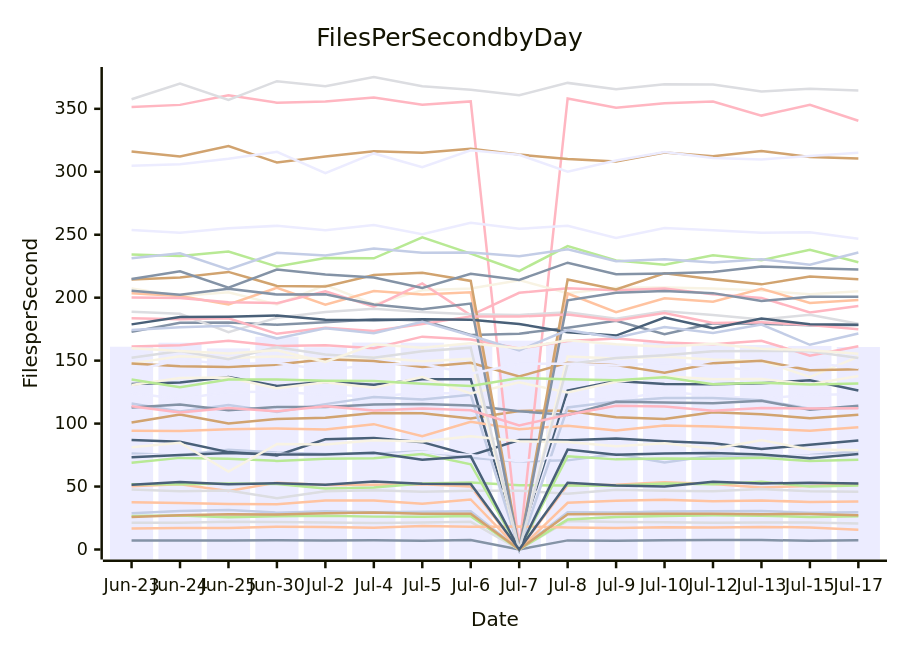
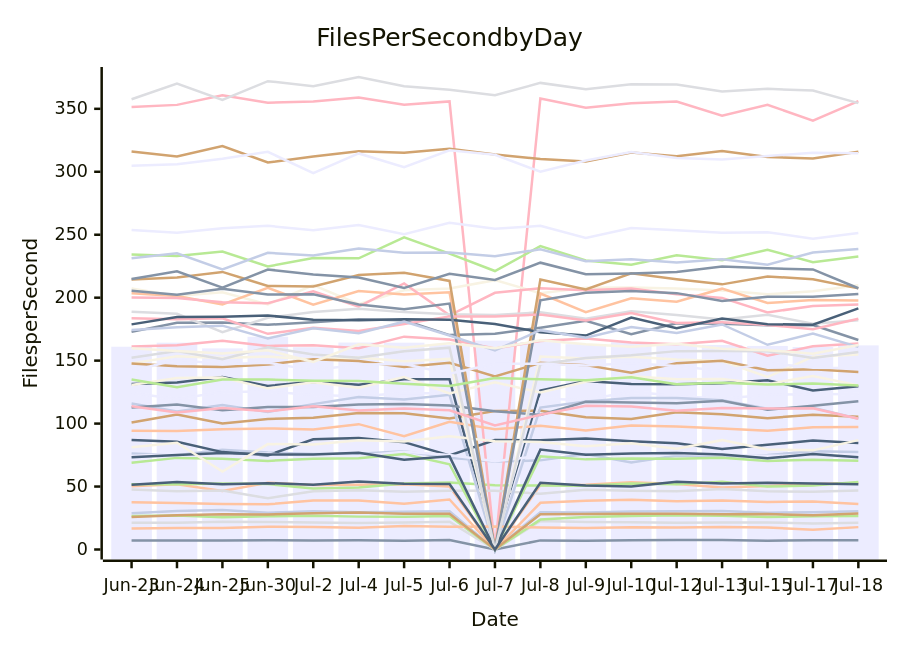
The diagram in perf-report.md (streetsidesoftware/cspell), drawn with Mermaid before and after one commit. The commit also changed other lines of this file and 1 other file, not shown here.

````diff
--- a/perf-report.md
+++ b/perf-report.md
@@ -10,57 +10,57 @@
 ```mermaid
 xychart-beta
     title Files Per Second by Day
     y-axis Files per Second
-    x-axis Date [Jun-23, Jun-24, Jun-25, Jun-30, Jul-2, Jul-4, Jul-5, Jul-6, Jul-7, Jul-8, Jul-9, Jul-10, Jul-12, Jul-13, Jul-15, Jul-17]
-    bar [161.06, 164.28, 159.75, 168.95, 160.66, 164.38, 164.27, 162.48, 165.90, 164.83, 163.05, 164.68, 163.19, 162.43, 161.66, 160.81]
-    line [7.12, 7.22, 7.17, 7.37, 7.23, 7.36, 6.99, 7.61, 0.00, 7.24, 7.01, 7.27, 7.49, 7.49, 6.93, 7.35]
-    line [50.23, 51.87, 46.40, 53.06, 51.19, 51.40, 51.86, 50.10, 0.00, 51.21, 51.39, 53.37, 51.98, 49.24, 50.53, 52.10]
-    line [21.30, 21.15, 22.00, 21.90, 21.51, 21.13, 21.43, 22.00, 0.00, 22.72, 21.87, 21.57, 21.20, 21.36, 21.51, 20.58]
-    line [51.73, 51.82, 52.39, 52.00, 48.43, 49.22, 52.34, 53.26, 51.10, 50.86, 50.66, 52.36, 51.79, 53.82, 50.00, 50.85]
-    line [100.84, 107.27, 100.09, 103.62, 104.63, 108.43, 108.27, 103.96, 110.08, 110.20, 105.06, 103.60, 109.02, 107.38, 104.33, 107.04]
-    line [76.22, 74.88, 79.14, 76.99, 75.88, 76.09, 78.08, 72.78, 69.82, 70.79, 75.77, 69.10, 74.66, 73.66, 75.08, 77.97]
-    line [351.35, 353.13, 360.69, 354.83, 355.80, 359.03, 353.22, 355.88, 0.00, 358.26, 350.93, 354.34, 355.82, 344.62, 353.27, 340.52]
-    line [131.39, 132.60, 136.92, 129.95, 133.16, 130.87, 135.23, 135.13, 0.00, 126.22, 133.87, 131.35, 131.34, 131.95, 134.40, 126.35]
-    line [207.28, 201.26, 204.34, 194.65, 210.00, 194.85, 205.89, 207.36, 213.92, 203.52, 207.94, 208.03, 207.20, 205.62, 202.63, 205.11]
-    line [124.29, 119.55, 125.16, 125.39, 122.70, 121.73, 124.30, 123.97, 0.00, 119.80, 118.70, 125.49, 121.97, 119.76, 122.93, 123.39]
-    line [172.84, 180.05, 180.38, 178.52, 180.47, 182.90, 182.10, 170.31, 171.39, 176.15, 181.65, 170.98, 179.72, 179.37, 178.07, 178.35]
-    line [203.46, 201.26, 194.60, 207.89, 194.40, 205.29, 202.49, 204.26, 0.00, 203.31, 188.55, 199.47, 196.87, 207.15, 195.83, 198.09]
-    line [47.61, 46.18, 46.86, 40.79, 46.17, 47.03, 45.86, 46.70, 46.74, 44.23, 47.36, 46.58, 46.27, 47.99, 46.18, 45.89]
-    line [26.60, 26.95, 25.71, 26.35, 26.84, 26.11, 26.06, 26.52, 0.00, 23.76, 25.86, 26.61, 27.13, 26.83, 25.90, 26.40]
-    line [316.02, 312.10, 320.45, 307.34, 312.08, 316.35, 315.20, 318.22, 313.66, 310.11, 308.24, 315.35, 312.26, 316.54, 311.74, 310.63]
-    line [116.01, 109.65, 114.81, 109.29, 115.47, 121.09, 119.06, 122.86, 0.00, 112.77, 117.49, 120.30, 120.41, 118.48, 111.84, 112.66]
-    line [200.19, 199.73, 196.39, 195.67, 205.11, 192.90, 211.35, 185.93, 203.88, 207.58, 205.87, 207.35, 202.66, 199.84, 188.27, 193.42]
-    line [86.88, 85.49, 77.34, 74.76, 87.51, 88.59, 85.26, 74.62, 86.95, 86.80, 88.24, 86.00, 84.39, 79.74, 83.17, 86.61]
-    line [130.59, 136.24, 136.67, 127.99, 132.91, 128.52, 136.97, 123.97, 132.77, 124.67, 133.15, 137.66, 135.26, 135.39, 131.25, 137.83]
-    line [74.26, 76.13, 73.45, 76.23, 74.07, 74.35, 77.62, 75.07, 70.03, 74.46, 78.13, 73.01, 75.98, 75.26, 74.39, 74.57]
-    line [112.71, 115.12, 110.67, 113.20, 113.18, 115.07, 115.63, 114.45, 109.79, 106.87, 117.37, 116.66, 116.21, 118.14, 111.02, 114.16]
-    line [94.35, 94.02, 95.44, 96.15, 95.34, 99.55, 90.07, 101.41, 95.54, 98.21, 94.52, 98.50, 97.78, 96.17, 94.33, 97.04]
-    line [188.80, 187.17, 172.53, 184.06, 188.67, 191.18, 188.53, 186.82, 186.30, 188.38, 183.25, 189.14, 186.31, 182.67, 186.39, 179.31]
-    line [234.34, 233.01, 236.58, 224.78, 231.59, 231.28, 247.94, 235.03, 221.17, 240.95, 229.51, 226.18, 233.66, 229.73, 238.10, 228.16]
-    line [214.37, 216.02, 220.47, 209.37, 208.94, 217.94, 219.88, 213.33, 0.00, 214.36, 206.61, 219.33, 214.62, 210.58, 216.81, 214.69]
-    line [28.80, 30.64, 31.41, 29.25, 30.37, 29.62, 29.89, 30.35, 0.00, 29.68, 29.34, 30.24, 30.35, 30.53, 29.15, 29.59]
-    line [183.71, 182.95, 183.62, 171.28, 176.05, 173.54, 179.14, 185.15, 184.99, 186.71, 181.92, 187.82, 179.82, 180.43, 178.37, 174.98]
-    line [178.80, 184.67, 184.84, 185.79, 182.56, 182.17, 182.82, 182.50, 179.12, 172.62, 169.88, 184.28, 175.71, 183.39, 178.90, 178.60]
-    line [147.83, 153.51, 152.15, 153.26, 150.82, 152.56, 149.61, 151.37, 0.00, 153.34, 151.79, 153.10, 150.91, 149.71, 136.98, 153.14]
-    line [304.83, 306.07, 310.41, 315.81, 298.93, 314.56, 303.69, 317.11, 313.48, 300.01, 308.91, 315.76, 310.85, 309.84, 312.53, 315.03]
-    line [214.79, 220.92, 207.92, 222.39, 218.49, 216.06, 207.77, 218.95, 214.11, 227.80, 218.56, 219.23, 220.42, 224.78, 223.29, 222.43]
-    line [16.59, 17.11, 17.00, 18.16, 17.94, 17.30, 18.64, 18.07, 18.36, 17.45, 17.16, 17.77, 17.48, 17.96, 17.52, 15.60]
-    line [357.60, 370.08, 357.07, 371.96, 367.90, 375.27, 367.85, 365.20, 360.83, 370.59, 365.59, 369.56, 369.35, 363.79, 365.85, 364.51]
-    line [68.82, 72.77, 72.13, 70.38, 72.17, 72.40, 75.76, 67.72, 0.00, 74.05, 71.58, 72.37, 72.08, 72.80, 70.30, 71.38]
-    line [147.78, 145.47, 144.87, 146.87, 151.06, 149.73, 144.88, 148.36, 137.35, 148.23, 146.43, 140.41, 147.84, 149.86, 142.29, 143.07]
-    line [231.36, 235.26, 222.40, 235.59, 233.45, 238.97, 235.75, 235.89, 232.86, 238.48, 229.00, 230.57, 227.85, 230.59, 226.26, 235.84]
-    line [161.29, 162.24, 165.87, 161.72, 162.26, 159.82, 169.05, 166.75, 159.60, 165.64, 167.61, 164.48, 163.07, 165.84, 153.93, 161.48]
-    line [73.34, 75.14, 76.59, 75.51, 75.45, 76.79, 71.21, 73.99, 0.00, 79.33, 75.23, 76.27, 76.63, 75.41, 72.48, 75.77]
-    line [81.29, 84.76, 61.88, 83.73, 83.48, 86.69, 85.83, 89.91, 85.92, 85.41, 81.93, 84.31, 79.99, 86.85, 79.35, 78.74]
-    line [253.77, 251.67, 255.05, 257.07, 253.64, 257.67, 250.47, 259.54, 254.67, 257.07, 247.35, 255.25, 253.55, 251.59, 252.00, 246.87]
-    line [205.60, 202.43, 207.02, 202.54, 202.72, 194.67, 190.86, 195.33, 0.00, 197.97, 203.94, 205.22, 203.61, 197.40, 200.74, 200.72]
-    line [37.48, 36.99, 36.10, 35.86, 38.94, 38.99, 36.38, 39.71, 0.00, 37.09, 38.73, 39.43, 38.35, 38.90, 37.77, 38.11]
-    line [152.29, 157.67, 151.07, 160.69, 154.94, 152.23, 157.47, 160.32, 0.00, 147.14, 152.12, 154.25, 157.55, 157.57, 157.54, 152.05]
-    line [135.01, 128.78, 135.00, 135.05, 134.05, 133.73, 131.56, 129.78, 136.12, 135.18, 134.44, 136.88, 131.27, 132.43, 131.04, 131.83]
-    line [25.82, 27.29, 28.03, 27.82, 28.74, 29.48, 28.36, 28.34, 0.00, 27.98, 28.10, 28.43, 28.38, 28.02, 28.20, 27.23]
-    line [174.24, 176.57, 177.80, 167.68, 175.75, 171.75, 180.95, 169.97, 158.13, 174.21, 168.28, 176.77, 172.02, 178.72, 162.59, 171.56]
-    line [113.71, 108.86, 112.34, 109.73, 113.68, 110.37, 111.97, 110.64, 98.54, 106.95, 114.12, 113.53, 110.15, 112.38, 111.90, 112.10]
-    line [51.44, 53.68, 51.84, 52.69, 51.50, 53.98, 52.25, 52.09, 0.00, 53.03, 50.88, 50.01, 53.83, 52.41, 53.08, 52.40]
-    line [159.81, 157.56, 155.70, 158.25, 148.90, 163.02, 160.27, 163.84, 159.78, 166.09, 162.99, 161.12, 163.50, 159.47, 158.31, 155.54]
-    line [141.81, 150.65, 147.20, 148.34, 142.33, 146.88, 147.38, 139.67, 147.57, 147.61, 146.15, 148.02, 145.81, 141.78, 148.18, 144.29]
+    x-axis Date [Jun-23, Jun-24, Jun-25, Jun-30, Jul-2, Jul-4, Jul-5, Jul-6, Jul-7, Jul-8, Jul-9, Jul-10, Jul-12, Jul-13, Jul-15, Jul-17, Jul-18]
+    bar [161.06, 164.28, 159.75, 168.95, 160.66, 164.38, 164.27, 162.48, 165.90, 164.83, 163.05, 164.68, 163.19, 162.43, 161.66, 160.81, 162.11]
+    line [7.12, 7.22, 7.17, 7.37, 7.23, 7.36, 6.99, 7.61, 0.00, 7.24, 7.01, 7.27, 7.49, 7.49, 6.93, 7.35, 7.41]
+    line [50.23, 51.87, 46.40, 53.06, 51.19, 51.40, 51.86, 50.10, 0.00, 51.21, 51.39, 53.37, 51.98, 49.24, 50.53, 52.10, 52.76]
+    line [21.30, 21.15, 22.00, 21.90, 21.51, 21.13, 21.43, 22.00, 0.00, 22.72, 21.87, 21.57, 21.20, 21.36, 21.51, 20.58, 21.30]
+    line [51.73, 51.82, 52.39, 52.00, 48.43, 49.22, 52.34, 53.26, 51.10, 50.86, 50.66, 52.36, 51.79, 53.82, 50.00, 50.85, 53.53]
+    line [100.84, 107.27, 100.09, 103.62, 104.63, 108.43, 108.27, 103.96, 110.08, 110.20, 105.06, 103.60, 109.02, 107.38, 104.33, 107.04, 105.42]
+    line [76.22, 74.88, 79.14, 76.99, 75.88, 76.09, 78.08, 72.78, 69.82, 70.79, 75.77, 69.10, 74.66, 73.66, 75.08, 77.97, 77.53]
+    line [351.35, 353.13, 360.69, 354.83, 355.80, 359.03, 353.22, 355.88, 0.00, 358.26, 350.93, 354.34, 355.82, 344.62, 353.27, 340.52, 356.06]
+    line [131.39, 132.60, 136.92, 129.95, 133.16, 130.87, 135.23, 135.13, 0.00, 126.22, 133.87, 131.35, 131.34, 131.95, 134.40, 126.35, 129.62]
+    line [207.28, 201.26, 204.34, 194.65, 210.00, 194.85, 205.89, 207.36, 213.92, 203.52, 207.94, 208.03, 207.20, 205.62, 202.63, 205.11, 209.83]
+    line [124.29, 119.55, 125.16, 125.39, 122.70, 121.73, 124.30, 123.97, 0.00, 119.80, 118.70, 125.49, 121.97, 119.76, 122.93, 123.39, 123.52]
+    line [172.84, 180.05, 180.38, 178.52, 180.47, 182.90, 182.10, 170.31, 171.39, 176.15, 181.65, 170.98, 179.72, 179.37, 178.07, 178.35, 166.36]
+    line [203.46, 201.26, 194.60, 207.89, 194.40, 205.29, 202.49, 204.26, 0.00, 203.31, 188.55, 199.47, 196.87, 207.15, 195.83, 198.09, 197.68]
+    line [47.61, 46.18, 46.86, 40.79, 46.17, 47.03, 45.86, 46.70, 46.74, 44.23, 47.36, 46.58, 46.27, 47.99, 46.18, 45.89, 46.88]
+    line [26.60, 26.95, 25.71, 26.35, 26.84, 26.11, 26.06, 26.52, 0.00, 23.76, 25.86, 26.61, 27.13, 26.83, 25.90, 26.40, 26.69]
+    line [316.02, 312.10, 320.45, 307.34, 312.08, 316.35, 315.20, 318.22, 313.66, 310.11, 308.24, 315.35, 312.26, 316.54, 311.74, 310.63, 315.98]
+    line [116.01, 109.65, 114.81, 109.29, 115.47, 121.09, 119.06, 122.86, 0.00, 112.77, 117.49, 120.30, 120.41, 118.48, 111.84, 112.66, 103.82]
+    line [200.19, 199.73, 196.39, 195.67, 205.11, 192.90, 211.35, 185.93, 203.88, 207.58, 205.87, 207.35, 202.66, 199.84, 188.27, 193.42, 194.63]
+    line [86.88, 85.49, 77.34, 74.76, 87.51, 88.59, 85.26, 74.62, 86.95, 86.80, 88.24, 86.00, 84.39, 79.74, 83.17, 86.61, 84.55]
+    line [130.59, 136.24, 136.67, 127.99, 132.91, 128.52, 136.97, 123.97, 132.77, 124.67, 133.15, 137.66, 135.26, 135.39, 131.25, 137.83, 130.35]
+    line [74.26, 76.13, 73.45, 76.23, 74.07, 74.35, 77.62, 75.07, 70.03, 74.46, 78.13, 73.01, 75.98, 75.26, 74.39, 74.57, 72.87]
+    line [112.71, 115.12, 110.67, 113.20, 113.18, 115.07, 115.63, 114.45, 109.79, 106.87, 117.37, 116.66, 116.21, 118.14, 111.02, 114.16, 117.75]
+    line [94.35, 94.02, 95.44, 96.15, 95.34, 99.55, 90.07, 101.41, 95.54, 98.21, 94.52, 98.50, 97.78, 96.17, 94.33, 97.04, 97.24]
+    line [188.80, 187.17, 172.53, 184.06, 188.67, 191.18, 188.53, 186.82, 186.30, 188.38, 183.25, 189.14, 186.31, 182.67, 186.39, 179.31, 182.07]
+    line [234.34, 233.01, 236.58, 224.78, 231.59, 231.28, 247.94, 235.03, 221.17, 240.95, 229.51, 226.18, 233.66, 229.73, 238.10, 228.16, 232.72]
+    line [214.37, 216.02, 220.47, 209.37, 208.94, 217.94, 219.88, 213.33, 0.00, 214.36, 206.61, 219.33, 214.62, 210.58, 216.81, 214.69, 207.39]
+    line [28.80, 30.64, 31.41, 29.25, 30.37, 29.62, 29.89, 30.35, 0.00, 29.68, 29.34, 30.24, 30.35, 30.53, 29.15, 29.59, 30.29]
+    line [183.71, 182.95, 183.62, 171.28, 176.05, 173.54, 179.14, 185.15, 184.99, 186.71, 181.92, 187.82, 179.82, 180.43, 178.37, 174.98, 183.26]
+    line [178.80, 184.67, 184.84, 185.79, 182.56, 182.17, 182.82, 182.50, 179.12, 172.62, 169.88, 184.28, 175.71, 183.39, 178.90, 178.60, 191.51]
+    line [147.83, 153.51, 152.15, 153.26, 150.82, 152.56, 149.61, 151.37, 0.00, 153.34, 151.79, 153.10, 150.91, 149.71, 136.98, 153.14, 154.96]
+    line [304.83, 306.07, 310.41, 315.81, 298.93, 314.56, 303.69, 317.11, 313.48, 300.01, 308.91, 315.76, 310.85, 309.84, 312.53, 315.03, 314.69]
+    line [214.79, 220.92, 207.92, 222.39, 218.49, 216.06, 207.77, 218.95, 214.11, 227.80, 218.56, 219.23, 220.42, 224.78, 223.29, 222.43, 207.49]
+    line [16.59, 17.11, 17.00, 18.16, 17.94, 17.30, 18.64, 18.07, 18.36, 17.45, 17.16, 17.77, 17.48, 17.96, 17.52, 15.60, 17.77]
+    line [357.60, 370.08, 357.07, 371.96, 367.90, 375.27, 367.85, 365.20, 360.83, 370.59, 365.59, 369.56, 369.35, 363.79, 365.85, 364.51, 354.54]
+    line [68.82, 72.77, 72.13, 70.38, 72.17, 72.40, 75.76, 67.72, 0.00, 74.05, 71.58, 72.37, 72.08, 72.80, 70.30, 71.38, 70.52]
+    line [147.78, 145.47, 144.87, 146.87, 151.06, 149.73, 144.88, 148.36, 137.35, 148.23, 146.43, 140.41, 147.84, 149.86, 142.29, 143.07, 141.02]
+    line [231.36, 235.26, 222.40, 235.59, 233.45, 238.97, 235.75, 235.89, 232.86, 238.48, 229.00, 230.57, 227.85, 230.59, 226.26, 235.84, 238.63]
+    line [161.29, 162.24, 165.87, 161.72, 162.26, 159.82, 169.05, 166.75, 159.60, 165.64, 167.61, 164.48, 163.07, 165.84, 153.93, 161.48, 163.65]
+    line [73.34, 75.14, 76.59, 75.51, 75.45, 76.79, 71.21, 73.99, 0.00, 79.33, 75.23, 76.27, 76.63, 75.41, 72.48, 75.77, 73.22]
+    line [81.29, 84.76, 61.88, 83.73, 83.48, 86.69, 85.83, 89.91, 85.92, 85.41, 81.93, 84.31, 79.99, 86.85, 79.35, 78.74, 86.89]
+    line [253.77, 251.67, 255.05, 257.07, 253.64, 257.67, 250.47, 259.54, 254.67, 257.07, 247.35, 255.25, 253.55, 251.59, 252.00, 246.87, 251.37]
+    line [205.60, 202.43, 207.02, 202.54, 202.72, 194.67, 190.86, 195.33, 0.00, 197.97, 203.94, 205.22, 203.61, 197.40, 200.74, 200.72, 202.94]
+    line [37.48, 36.99, 36.10, 35.86, 38.94, 38.99, 36.38, 39.71, 0.00, 37.09, 38.73, 39.43, 38.35, 38.90, 37.77, 38.11, 36.22]
+    line [152.29, 157.67, 151.07, 160.69, 154.94, 152.23, 157.47, 160.32, 0.00, 147.14, 152.12, 154.25, 157.55, 157.57, 157.54, 152.05, 156.89]
+    line [135.01, 128.78, 135.00, 135.05, 134.05, 133.73, 131.56, 129.78, 136.12, 135.18, 134.44, 136.88, 131.27, 132.43, 131.04, 131.83, 130.19]
+    line [25.82, 27.29, 28.03, 27.82, 28.74, 29.48, 28.36, 28.34, 0.00, 27.98, 28.10, 28.43, 28.38, 28.02, 28.20, 27.23, 28.58]
+    line [174.24, 176.57, 177.80, 167.68, 175.75, 171.75, 180.95, 169.97, 158.13, 174.21, 168.28, 176.77, 172.02, 178.72, 162.59, 171.56, 160.94]
+    line [113.71, 108.86, 112.34, 109.73, 113.68, 110.37, 111.97, 110.64, 98.54, 106.95, 114.12, 113.53, 110.15, 112.38, 111.90, 112.10, 103.78]
+    line [51.44, 53.68, 51.84, 52.69, 51.50, 53.98, 52.25, 52.09, 0.00, 53.03, 50.88, 50.01, 53.83, 52.41, 53.08, 52.40, 51.77]
+    line [159.81, 157.56, 155.70, 158.25, 148.90, 163.02, 160.27, 163.84, 159.78, 166.09, 162.99, 161.12, 163.50, 159.47, 158.31, 155.54, 162.49]
+    line [141.81, 150.65, 147.20, 148.34, 142.33, 146.88, 147.38, 139.67, 147.57, 147.61, 146.15, 148.02, 145.81, 141.78, 148.18, 144.29, 144.20]
 ```
````
